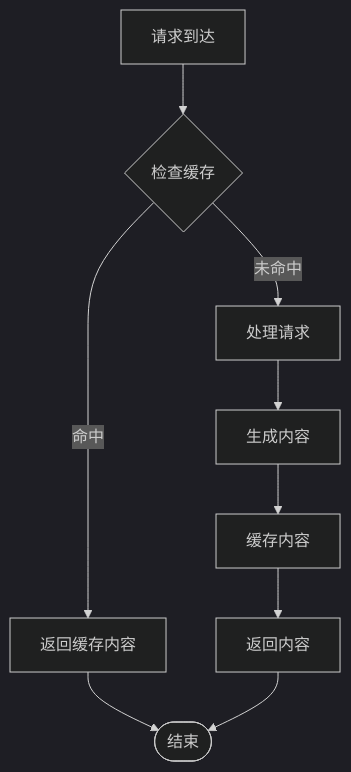
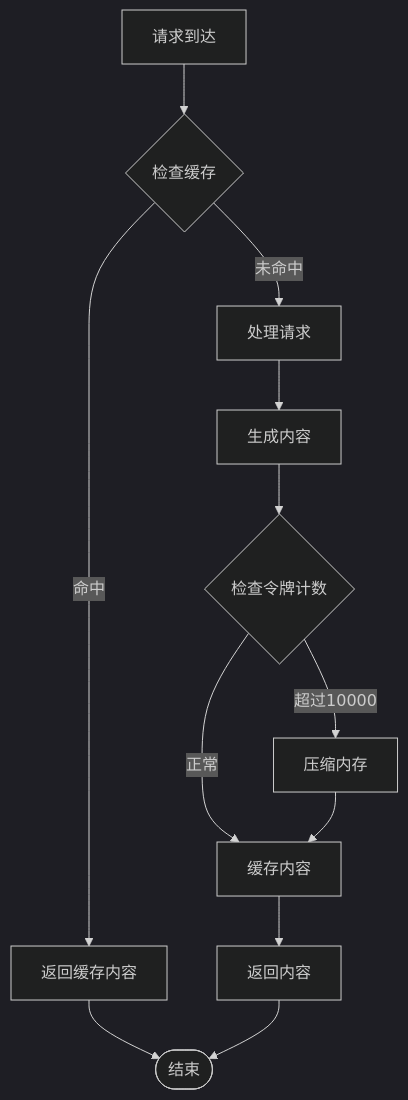
One commit to zhangdahai112/LocalManus changed diagram 13 of 14 in .qoder/repowiki/zh/content/智能体系统/ReAct 智能体/ReAct智能体流式增强.md. Above: the diagram before and after it, drawn with Mermaid (dark theme). The commit also changed other lines of this file and 4 other files, not shown here.

````diff
--- a/.qoder/repowiki/zh/content/智能体系统/ReAct 智能体/ReAct智能体流式增强.md
+++ b/.qoder/repowiki/zh/content/智能体系统/ReAct 智能体/ReAct智能体流式增强.md
@@ -549,11 +617,14 @@
 ```mermaid
 flowchart TD
 Request[请求到达] --> CheckCache{"检查缓存"}
 CheckCache --> |命中| ReturnCache["返回缓存内容"]
 CheckCache --> |未命中| ProcessRequest["处理请求"]
 ProcessRequest --> GenerateContent["生成内容"]
-GenerateContent --> CacheContent["缓存内容"]
+GenerateContent --> CheckTokens{"检查令牌计数"}
+CheckTokens --> |超过10000| CompressMemory["压缩内存"]
+CheckTokens --> |正常| CacheContent["缓存内容"]
+CompressMemory --> CacheContent
 CacheContent --> ReturnContent["返回内容"]
 ReturnCache --> End([结束])
 ReturnContent --> End
 ```
````
